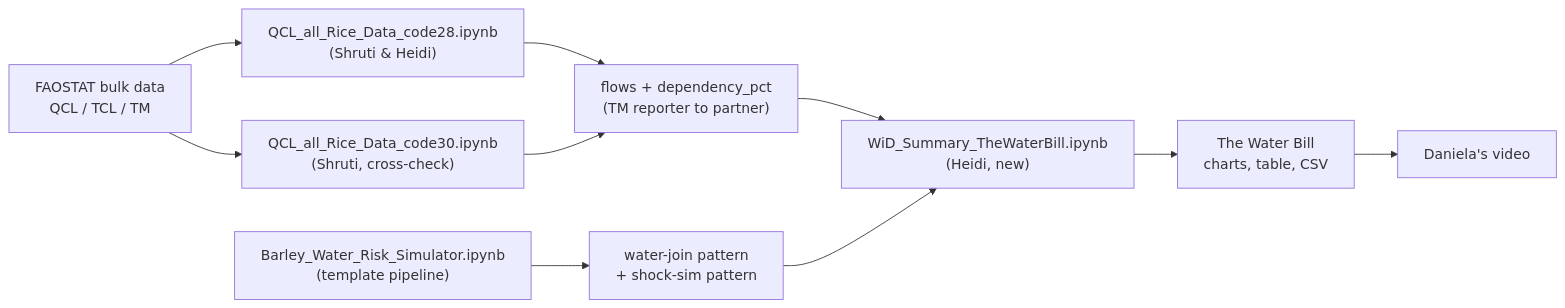
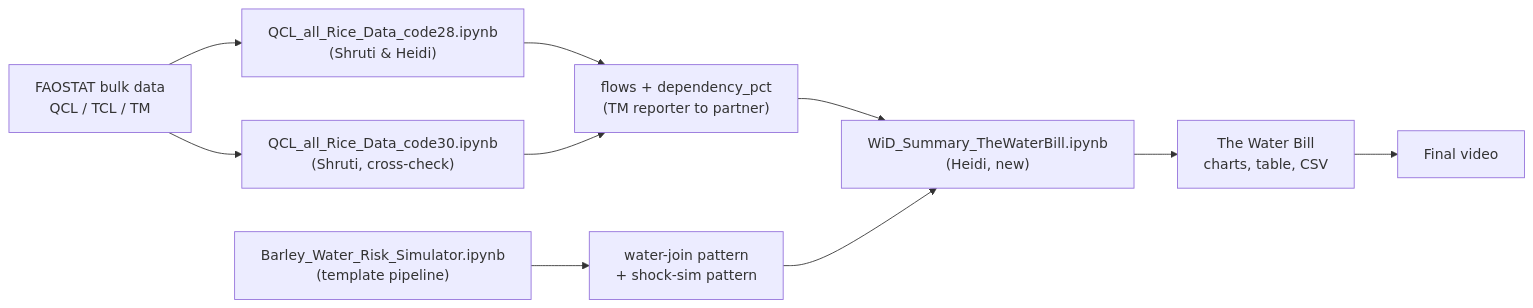
Before and after one commit to heschmidt04/seed-and-scale: the second of 2 diagrams in PROJECT_WORKFLOW.md, drawn with Mermaid. The commit also changed other lines of this file, not shown here.

First line of the commit message:
Restructure PROJECT_WORKFLOW.md around the notebook's data flow

````diff
--- a/PROJECT_WORKFLOW.md
+++ b/PROJECT_WORKFLOW.md
@@ -153,12 +182,12 @@
 ```mermaid
 flowchart LR
     A["FAOSTAT bulk data<br/>QCL / TCL / TM"] --> B["QCL_all_Rice_Data_code28.ipynb<br/>(Shruti & Heidi)"]
     A --> C["QCL_all_Rice_Data_code30.ipynb<br/>(Shruti, cross-check)"]
     B --> D["flows + dependency_pct<br/>(TM reporter to partner)"]
     C --> D
     E["Barley_Water_Risk_Simulator.ipynb<br/>(template pipeline)"] --> F["water-join pattern<br/>+ shock-sim pattern"]
     D --> G["WiD_Summary_TheWaterBill.ipynb<br/>(Heidi, new)"]
     F --> G
     G --> H["The Water Bill<br/>charts, table, CSV"]
-    H --> I["Daniela's video"]
+    H --> I["Final video"]
 ```
````
